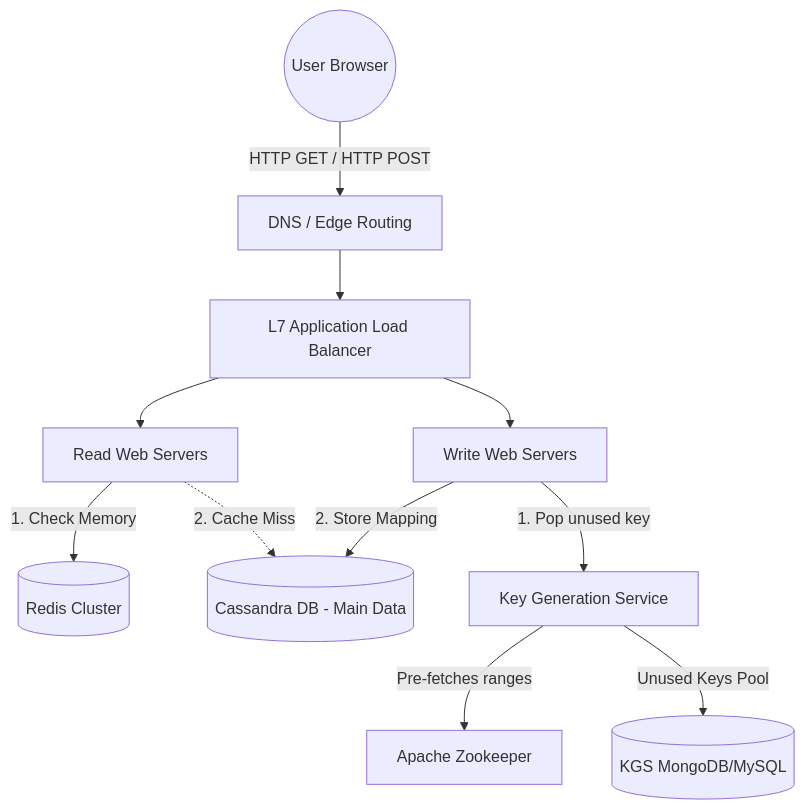
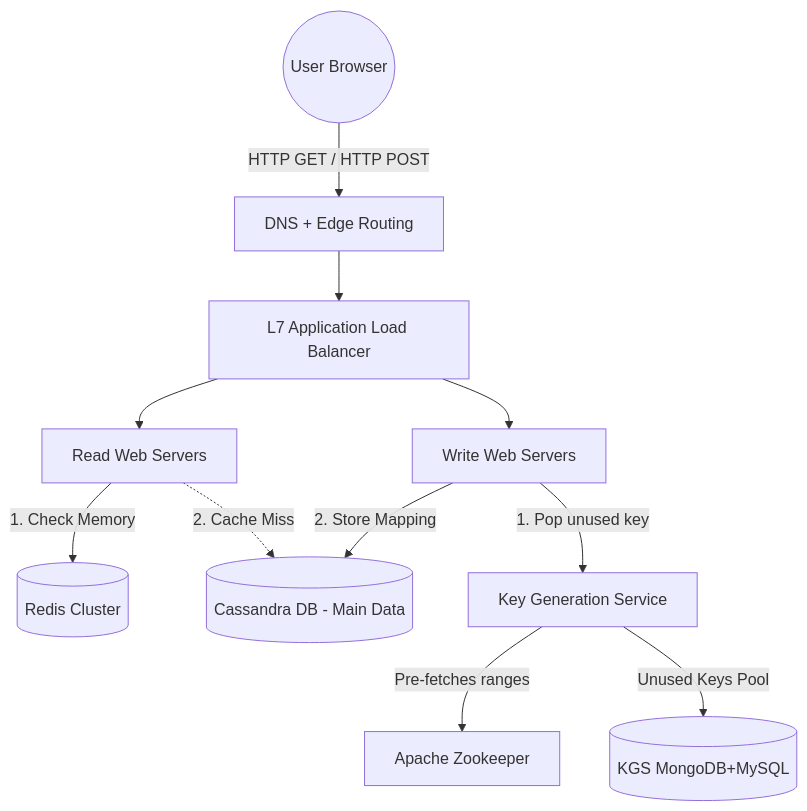
The first of 2 diagrams in Premium-Edition/02_Architectures/01_Short_URL_Service_Bitly.md (Amit506/System-Design), drawn with Mermaid before and after one commit. The commit also changed 32 other files, not shown here.

````diff
--- a/Premium-Edition/02_Architectures/01_Short_URL_Service_Bitly.md
+++ b/Premium-Edition/02_Architectures/01_Short_URL_Service_Bitly.md
@@ -36,17 +36,17 @@
 ```mermaid
 graph TD
-    Client((User Browser)) -->|HTTP GET / HTTP POST| Route53[DNS / Edge Routing]
+    Client((User Browser)) -->|HTTP GET / HTTP POST| Route53[DNS + Edge Routing]
     Route53 --> ALB[L7 Application Load Balancer]
     
     ALB --> API_Write[Write Web Servers]
     ALB --> API_Read[Read Web Servers]
     
     API_Read -->|1. Check Memory| Cache[(Redis Cluster)]
     API_Read -.->|2. Cache Miss| DB[(Cassandra DB - Main Data)]
     
     API_Write -->|1. Pop unused key| KGS[Key Generation Service]
     API_Write -->|2. Store Mapping| DB
     
     KGS -->|Pre-fetches ranges| Zookeeper[Apache Zookeeper]
-    KGS -->|Unused Keys Pool| KeyDB[(KGS MongoDB/MySQL)]
+    KGS -->|Unused Keys Pool| KeyDB[(KGS MongoDB+MySQL)]
 ```
````
